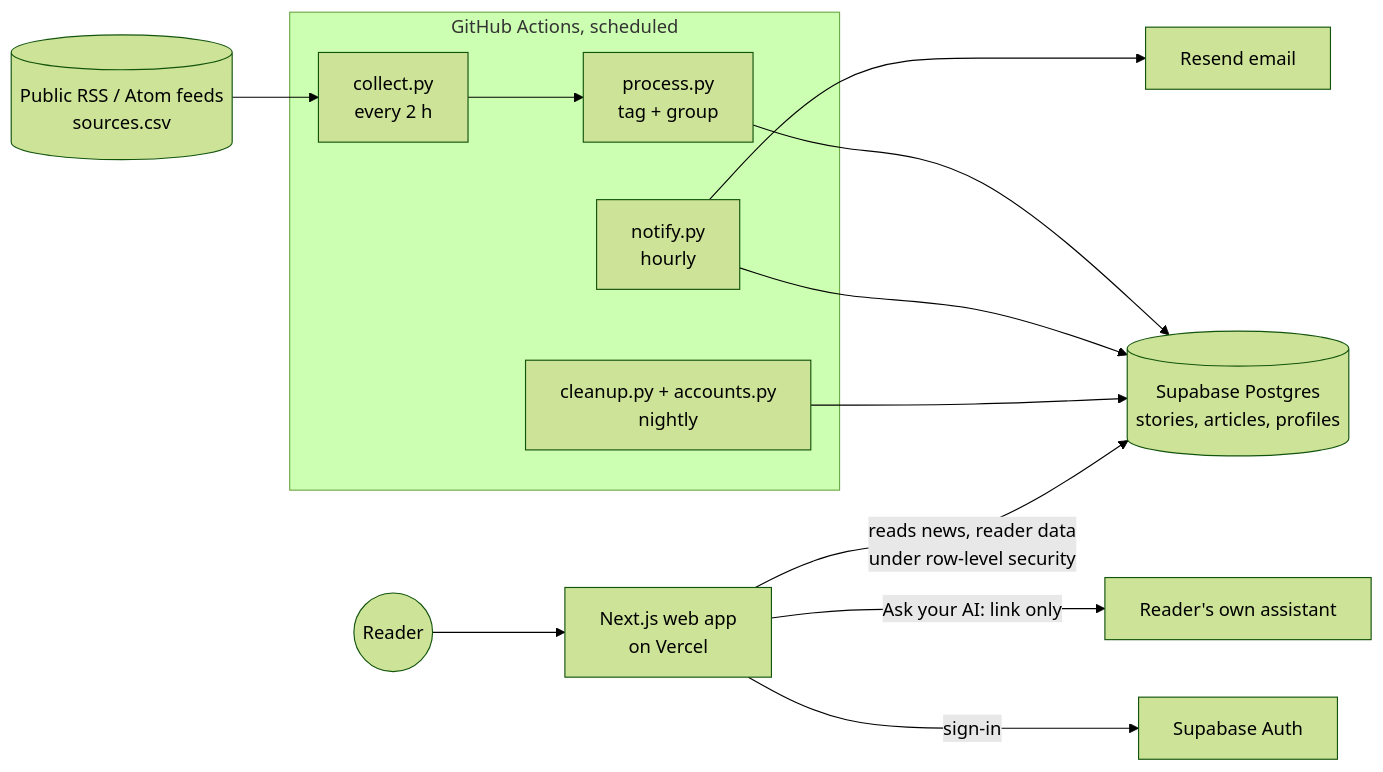
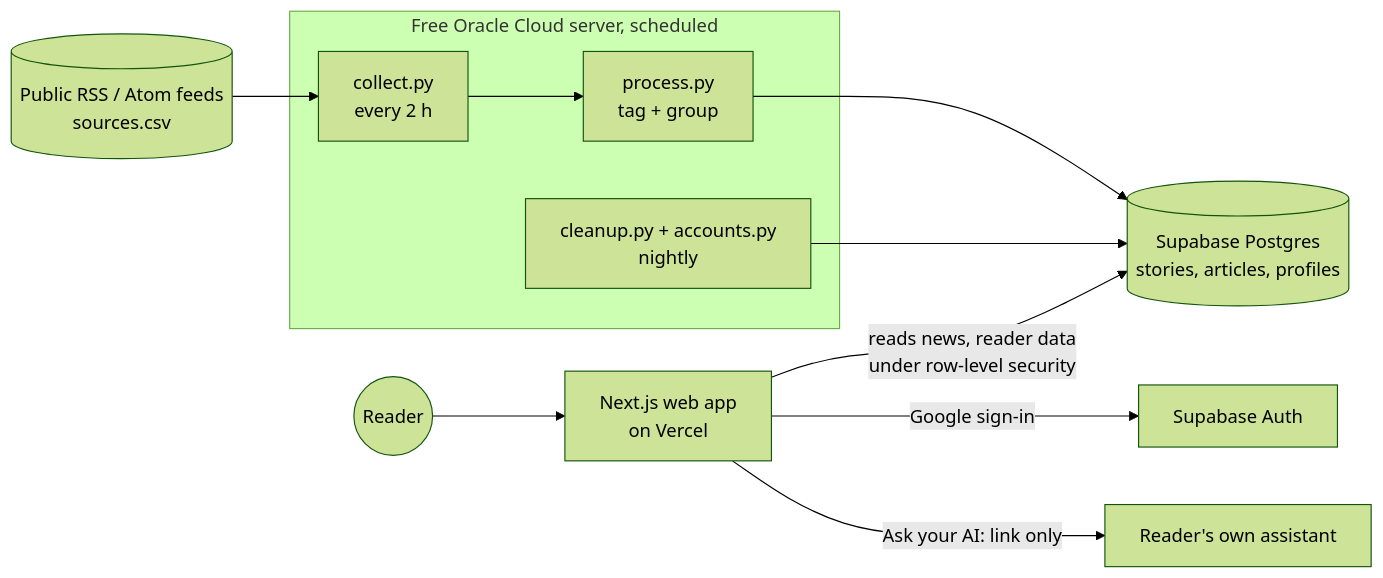
One commit to SaiKrishna-Sajjanam/alllens changed the diagram in docs/ARCHITECTURE.md. Above: the diagram before and after it, drawn with Mermaid (forest theme). The commit also changed other lines of this file and 38 other files, not shown here.

First line of the commit message:
Free tiers only: Google sign-in, no email of any kind

````diff
--- a/docs/ARCHITECTURE.md
+++ b/docs/ARCHITECTURE.md
@@ -3,17 +3,14 @@
 ```mermaid
 flowchart LR
-  subgraph GH[GitHub Actions, scheduled]
+  subgraph GH[Free Oracle Cloud server, scheduled]
     C[collect.py<br/>every 2 h] --> P[process.py<br/>tag + group]
-    N[notify.py<br/>hourly]
     X[cleanup.py + accounts.py<br/>nightly]
   end
   F[(Public RSS / Atom feeds<br/>sources.csv)] --> C
   P --> DB[(Supabase Postgres<br/>stories, articles, profiles)]
-  N --> DB
   X --> DB
-  N --> E[Resend email]
   W[Next.js web app<br/>on Vercel] -- reads news, reader data<br/>under row-level security --> DB
   U((Reader)) --> W
-  W -- sign-in --> A[Supabase Auth]
+  W -- Google sign-in --> A[Supabase Auth]
   W -- "Ask your AI": link only --> AI[Reader's own assistant]
 ```
````
